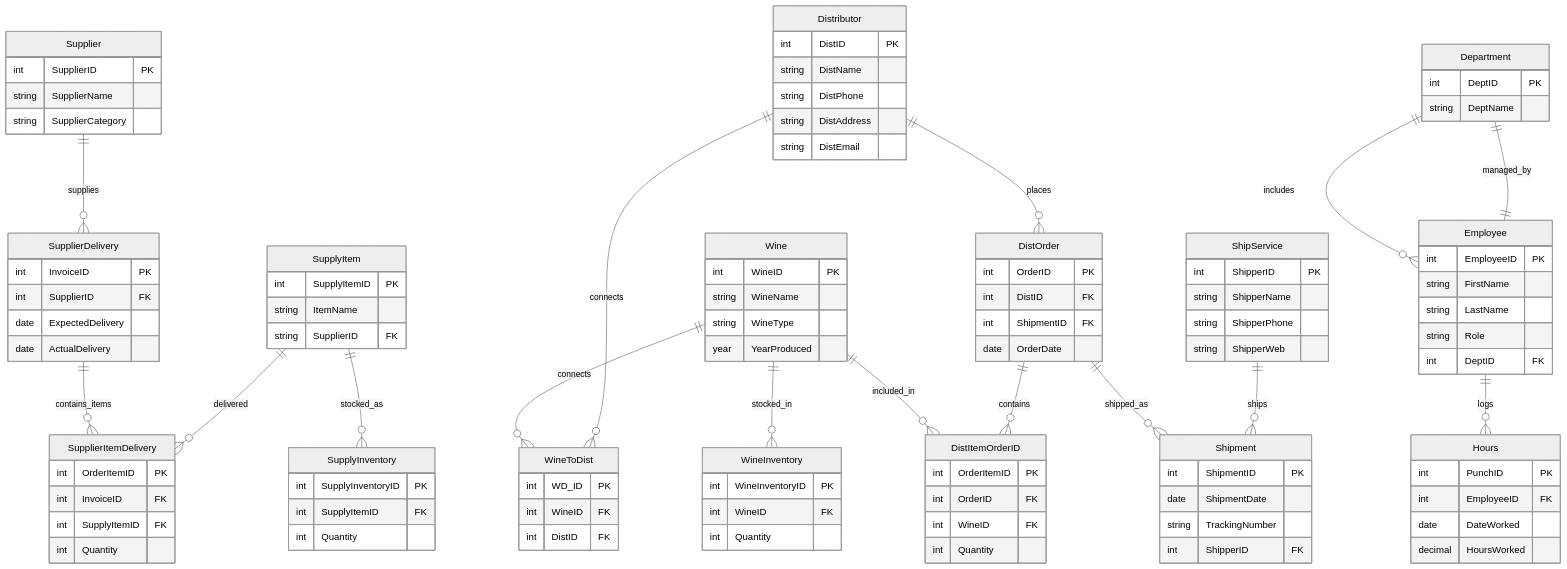
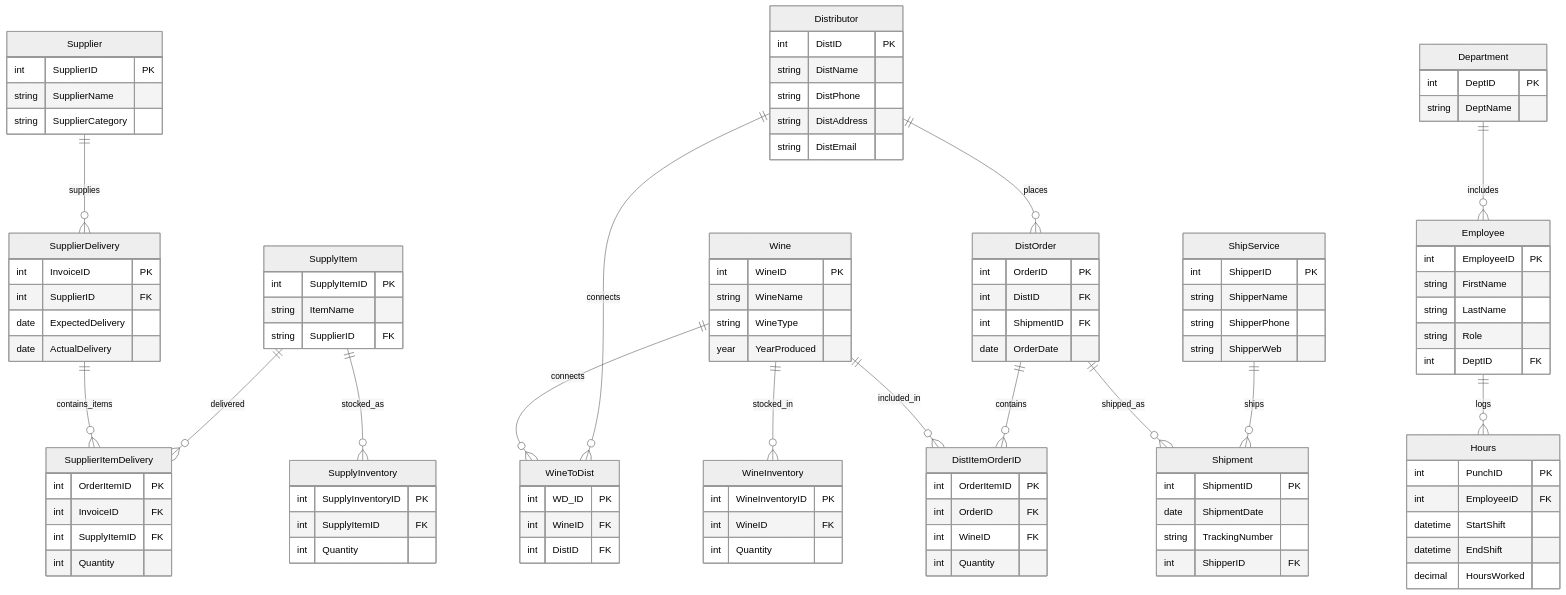
The diagram in Final_Project/ERD.mmd (BobbyJoeCool/CSD310-BlueTeam), drawn with Mermaid (neutral theme) before and after one commit. The commit also changed 3 other files, not shown here.

```diff
--- a/Final_Project/ERD.mmd
+++ b/Final_Project/ERD.mmd
@@ -1,144 +1,144 @@
 erDiagram
     direction TB
 
     %% Supplier Tables
 
     Supplier {
         int SupplierID PK
         string SupplierName
         string SupplierCategory
     }
 
     SupplierDelivery {
         int InvoiceID PK
         int SupplierID FK
         date ExpectedDelivery
         date ActualDelivery
     }
 
     SupplyItem {
         int SupplyItemID PK
         string ItemName
         string SupplierID FK
     }
 
     SupplyInventory {
         int SupplyInventoryID PK
         int SupplyItemID FK
         int Quantity
     }
 
     SupplierItemDelivery {
         int OrderItemID PK
         int InvoiceID FK
         int SupplyItemID FK
         int Quantity
     }
 
 
     %% Wine TABLES
 
     WineInventory {
         int WineInventoryID PK
         int WineID FK
         int Quantity
     }
 
     Wine {
         int WineID PK
         string WineName
         string WineType
         year YearProduced
     }
 
 
     %% DISTRIBUTOR TABLES
 
     Distributor {
         int DistID PK
         string DistName
         string DistPhone
         string DistAddress
         string DistEmail
     }
 
     DistOrder {
         int OrderID PK
         int DistID FK
         int ShipmentID FK
         date OrderDate
     }
 
     DistItemOrderID {
         int OrderItemID PK
         int OrderID FK
         int WineID FK
         int Quantity
     }
 
     ShipService {
         int ShipperID PK
         string ShipperName
         string ShipperPhone
         string ShipperWeb
     }
 
     Shipment {
         int ShipmentID PK
         date ShipmentDate
         string TrackingNumber
         int ShipperID FK
     }
 
     WineToDist {
         int WD_ID PK
         int WineID FK
         int DistID FK
     }
 
 
     %% Employee Tables
 
     Department {
         int DeptID PK
         string DeptName
     }
 
     Employee {
         int EmployeeID PK
         string FirstName
         string LastName
         string Role
         int DeptID FK
     }
 
     Hours {
         int PunchID PK
         int EmployeeID FK
-        date DateWorked
+        datetime StartShift
+        datetime EndShift
         decimal HoursWorked
     }
 
 
     %% RELATIONSHIPS
     
     Supplier ||--o{ SupplierDelivery : supplies
     SupplierDelivery ||--o{ SupplierItemDelivery : contains_items
     SupplyItem ||--o{ SupplierItemDelivery : delivered
     SupplyItem ||--o{ SupplyInventory : stocked_as
 
     Wine ||--o{ WineInventory : stocked_in
     Wine ||--o{ DistItemOrderID : included_in
 
     Department ||--o{ Employee : includes
     Employee ||--o{ Hours : logs
-    Department ||--|| Employee : managed_by
 
     Distributor ||--o{ DistOrder : places
     DistOrder ||--o{ DistItemOrderID : contains
 
     DistOrder ||--o{ Shipment : shipped_as
     ShipService ||--o{ Shipment : ships
 
     Wine ||--o{ WineToDist : connects
     Distributor ||--o{ WineToDist : connects
```
